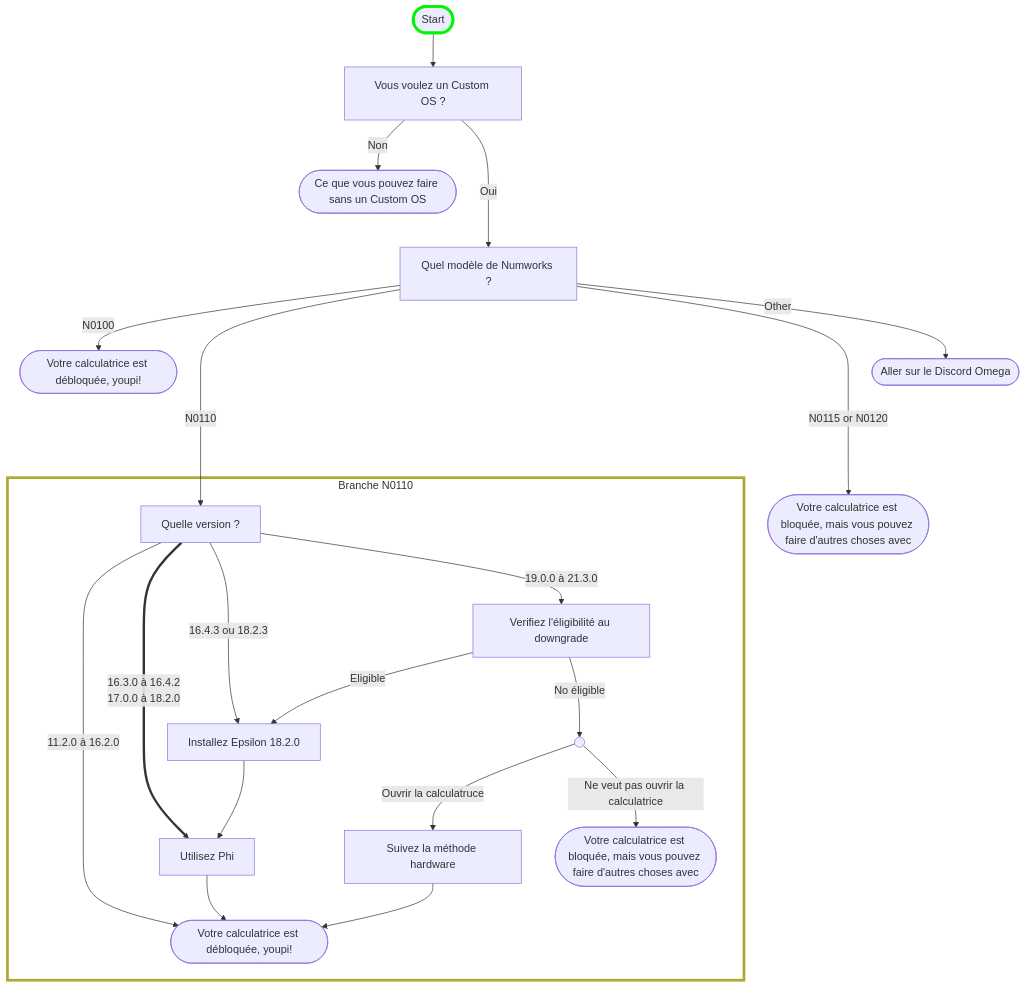
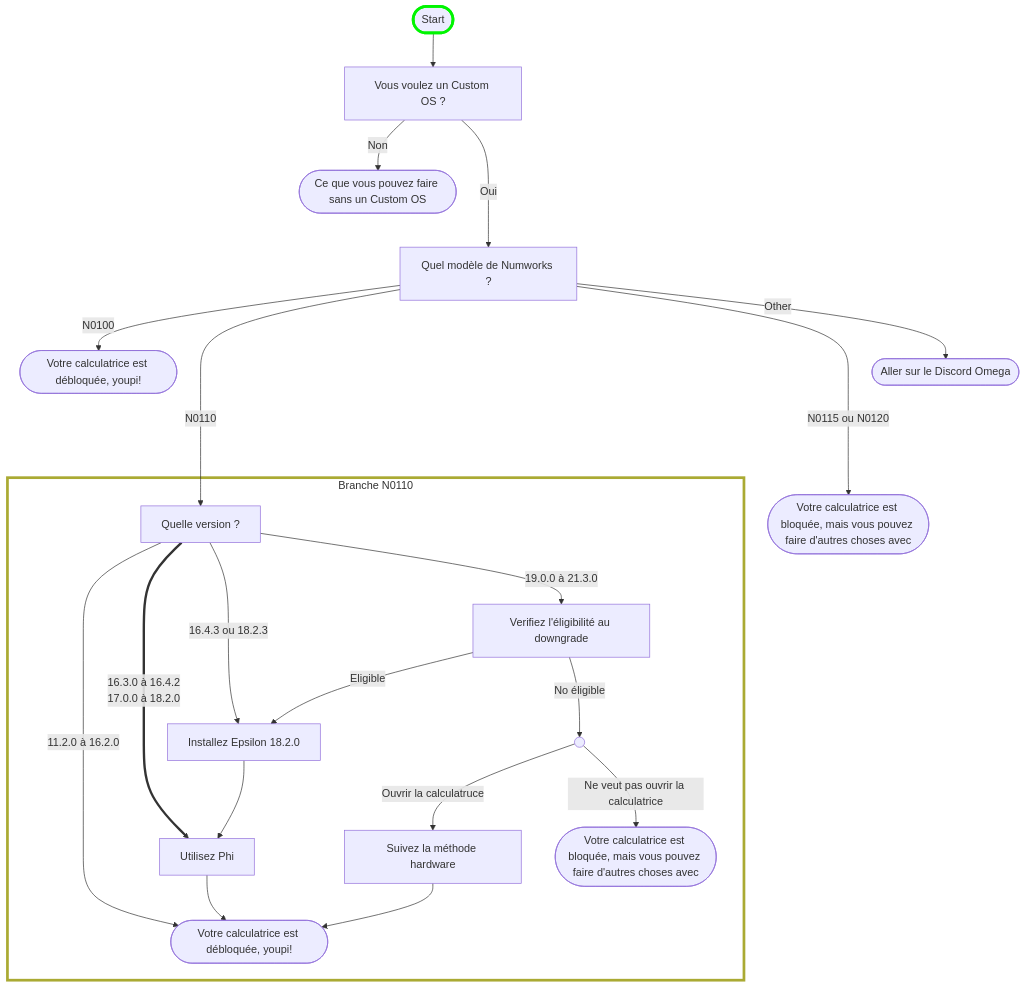
One commit to Omega-Numworks/Omega-Guide changed the diagram in i18n/fr/docusaurus-plugin-content-docs/current/flowchart.md. Above: the diagram before and after it, drawn with Mermaid. The commit also changed 15 other files, not shown here.

````diff
--- a/i18n/fr/docusaurus-plugin-content-docs/current/flowchart.md
+++ b/i18n/fr/docusaurus-plugin-content-docs/current/flowchart.md
@@ -8,49 +8,49 @@
 ```mermaid
 flowchart TD
     calc_unlocked([Votre calculatrice est débloquée, youpi!])
     calc_locked_no_modif([Ce que vous pouvez faire sans un Custom OS])
     start([Start]) --> want_cfw[Vous voulez un Custom OS ?]
     style start stroke:#00f500,stroke-width:4px
     want_cfw --Non--> calc_locked_no_modif
     want_cfw --->|Oui| model_number[Quel modèle de Numworks ?]
     
     
     model_number --N0100--> calc_unlocked
     model_number ---->|N0110| check_version_n0110
-    model_number ---->|N0115 or N0120| calc_locked_new_calcs
+    model_number ---->|N0115 ou N0120| calc_locked_new_calcs
     model_number --Other--> goto_discord([Aller sur le Discord Omega])
 
     click model_number "./intro"
     click calc_locked_no_modif "./no-custom/what-to-do-locked"
     click calc_unlocked "./cfw/choose-a-cfw"
     click goto_discord "https://discord.gg/X2TWhh9"
 
     subgraph n0110 [Branche N0110]
     style n0110 fill:transparent,stroke-width:4px
     calc_locked_n0110([Votre calculatrice est bloquée, mais vous pouvez faire d'autres choses avec])
     calc_unlocked_n0110([Votre calculatrice est débloquée, youpi!])
     check_version_n0110[Quelle version ?]
     check_version_n0110 --11.2.0 à 16.2.0--> calc_unlocked_n0110
     check_version_n0110 ==16.3.0 à 16.4.2\n17.0.0 à 18.2.0==> phi[Utilisez Phi]
     check_version_n0110 --16.4.3 ou 18.2.3--> install_18_2_0[Installez Epsilon 18.2.0]
     check_version_n0110 --19.0.0 à 21.3.0--> downgrade_check[Verifiez l'éligibilité au downgrade]
     downgrade_check --Eligible--> install_18_2_0
     downgrade_check --No éligible--> downgrade_fail(( )) --Ouvrir la calculatruce--> hardware_method[Suivez la méthode hardware]
     downgrade_fail --Ne veut pas ouvrir la calculatrice--> calc_locked_n0110
     install_18_2_0 --> phi
     phi & hardware_method --> calc_unlocked_n0110
 
-    click check_version_n0110 "./n0110/n0110-is-locked"
-    click downgrade_check "./n0110/phi/check-version-change-eligibility"
-    click install_18_2_0 "./n0110/phi/install-epsilon-18-2-0"
-    click phi "./n0110/phi"
-    click hardware_method "./n0110/hardware/n0110-hardware-unlock"
+    click check_version_n0110 "./unlock/n0110-is-locked"
+    click downgrade_check "./unlock/phi/check-version-change-eligibility"
+    click install_18_2_0 "./unlock/phi/install-epsilon-18-2-0"
+    click phi "./unlock/phi"
+    click hardware_method "./unlock/hardware/n0110-hardware-unlock"
     click calc_locked_n0110 "./no-custom/what-to-do-locked"
     click calc_unlocked_n0110 "./cfw/choose-a-cfw"
 
     end
 
     calc_locked_new_calcs([Votre calculatrice est bloquée, mais vous pouvez faire d'autres choses avec])
 
     click calc_locked_new_calcs "./no-custom/what-to-do-locked"
 ```
````
